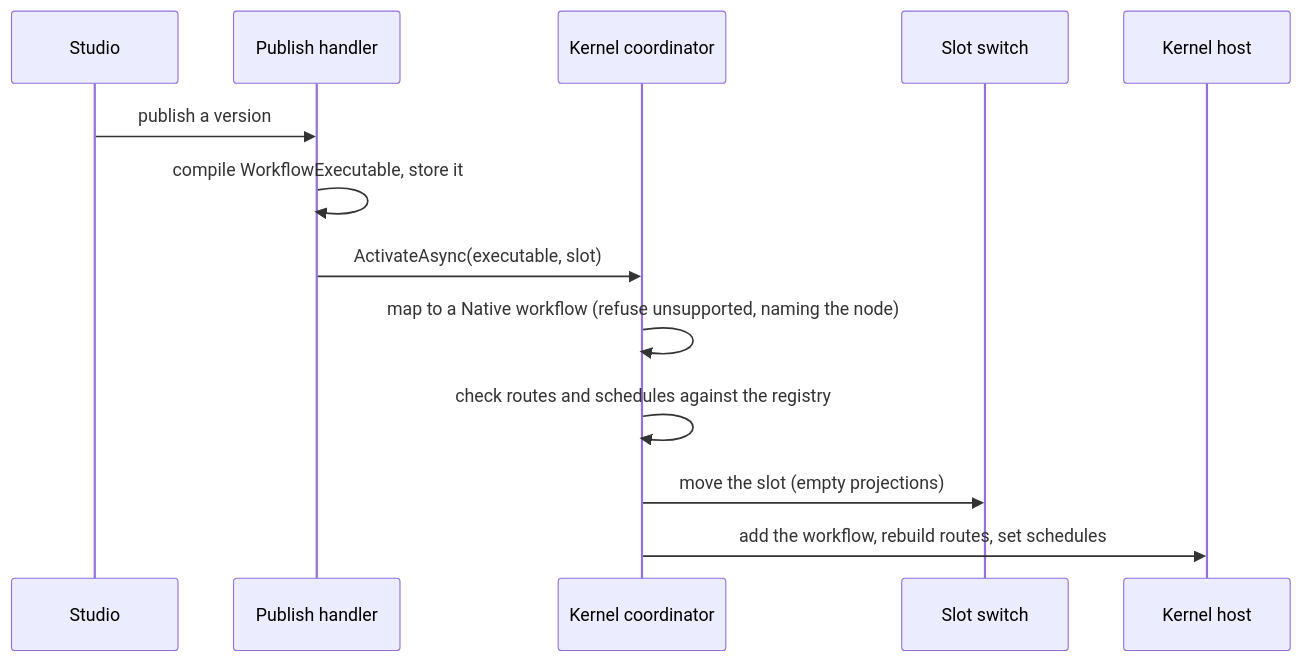
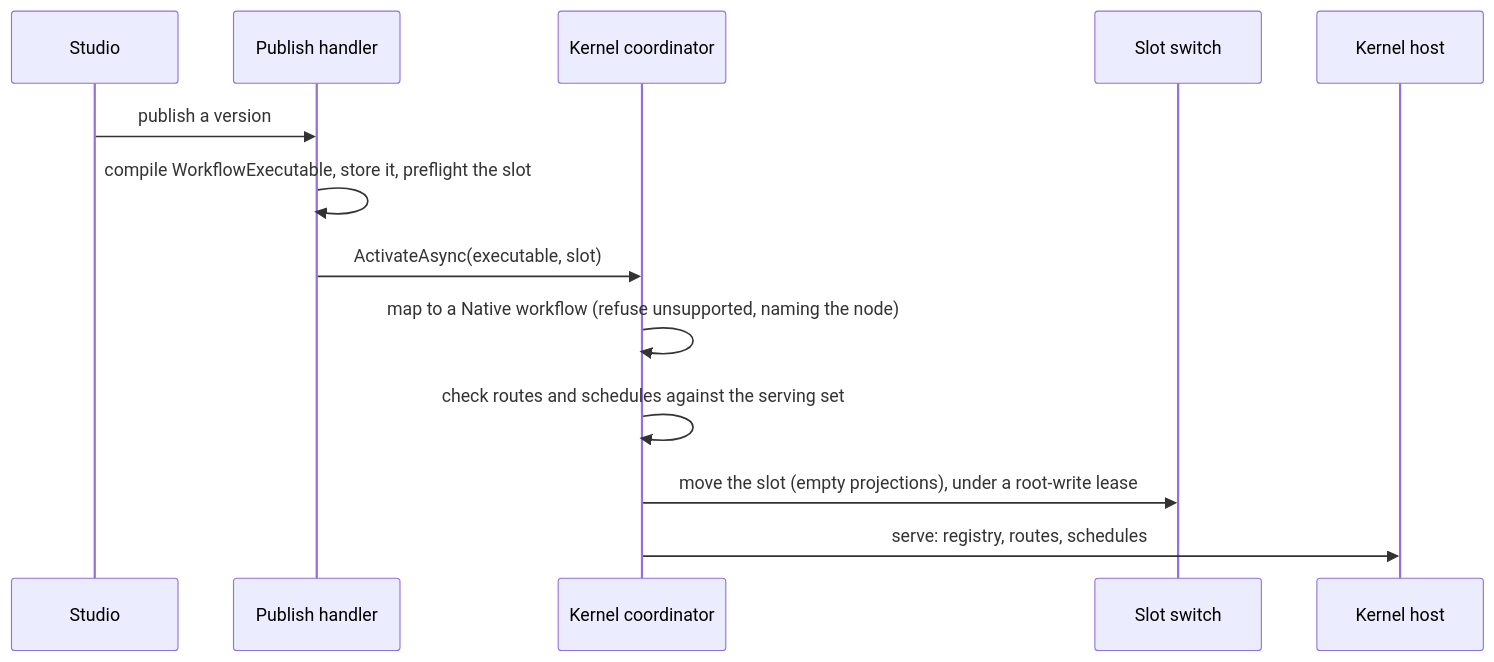
Before and after one commit to elsa-workflows/elsa-foundation: the diagram in docs/architecture/definitions-on-the-kernel.md, drawn with Mermaid. The commit also changed other lines of this file, not shown here.

````diff
--- a/docs/architecture/definitions-on-the-kernel.md
+++ b/docs/architecture/definitions-on-the-kernel.md
@@ -37,15 +63,15 @@
 ```mermaid
 sequenceDiagram
     participant Studio
     participant Publish as Publish handler
     participant Kernel as Kernel coordinator
     participant Switch as Slot switch
     participant Host as Kernel host
     Studio->>Publish: publish a version
-    Publish->>Publish: compile WorkflowExecutable, store it
+    Publish->>Publish: compile WorkflowExecutable, store it, preflight the slot
     Publish->>Kernel: ActivateAsync(executable, slot)
     Kernel->>Kernel: map to a Native workflow (refuse unsupported, naming the node)
-    Kernel->>Kernel: check routes and schedules against the registry
-    Kernel->>Switch: move the slot (empty projections)
-    Kernel->>Host: add the workflow, rebuild routes, set schedules
+    Kernel->>Kernel: check routes and schedules against the serving set
+    Kernel->>Switch: move the slot (empty projections), under a root-write lease
+    Kernel->>Host: serve: registry, routes, schedules
 ```
````
